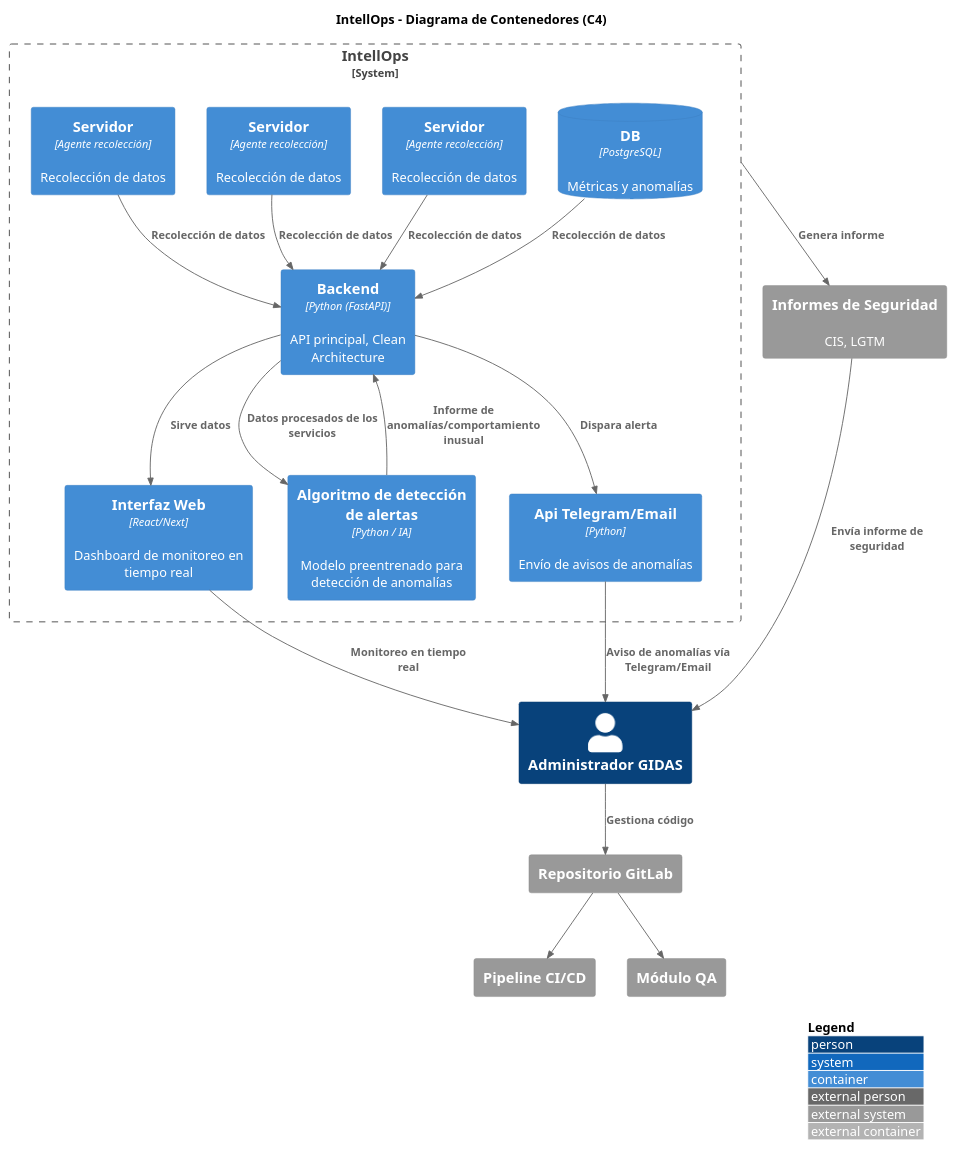
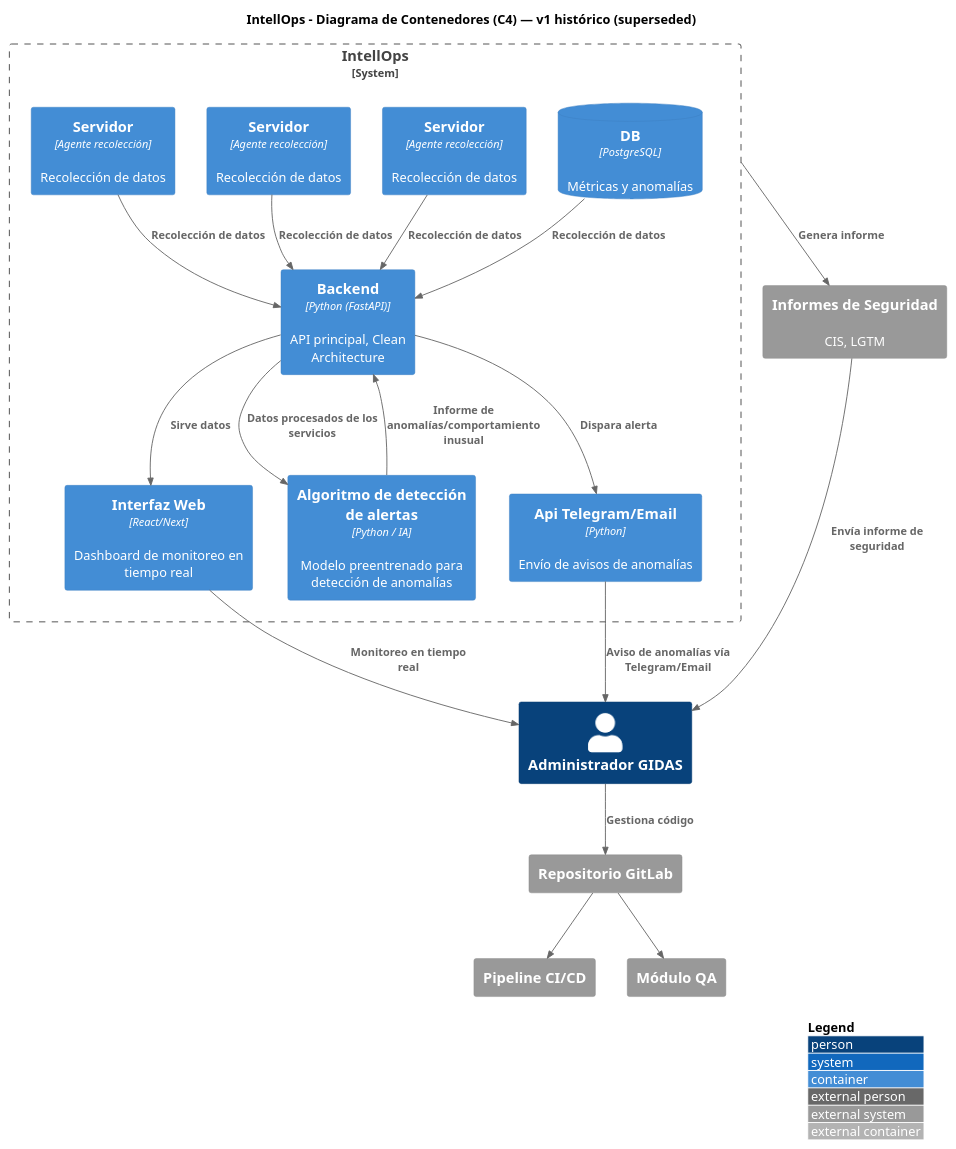
The diagram in docs/infrastructure/c4_container_v1.puml (infraitgidas/intellops), drawn with PlantUML before and after one commit. The commit also changed 11 other files, not shown here.

Commit message:
docs(architecture): alinea la propuesta de contenedores con el MVP de 4 y agrega ADR-0010

```diff
--- a/docs/infrastructure/c4_container_v1.puml
+++ b/docs/infrastructure/c4_container_v1.puml
@@ -1,42 +1,45 @@
 @startuml IntellOps-C4-Container
+' HISTÓRICO — superseded por docs/infrastructure/Diagrama-C4-V2.puml
+' (arquitectura vigente de 4 contenedores, decisión de agosto 2026).
+' Se conserva solo para trazabilidad; no usar como arquitectura actual.
 !include https://raw.githubusercontent.com/plantuml-stdlib/C4-PlantUML/master/C4_Container.puml
 
 LAYOUT_WITH_LEGEND()
 
-title IntellOps - Diagrama de Contenedores (C4)
+title IntellOps - Diagrama de Contenedores (C4) — v1 histórico (superseded)
 
 Person(admin, "Administrador GIDAS")
 
 System_Boundary(intellops, "IntellOps") {
     Container(backend, "Backend", "Python (FastAPI)", "API principal, Clean Architecture")
     Container(ml, "Algoritmo de detección de alertas", "Python / IA", "Modelo preentrenado para detección de anomalías")
     Container(web, "Interfaz Web", "React/Next", "Dashboard de monitoreo en tiempo real")
     Container(notif, "Api Telegram/Email", "Python", "Envío de avisos de anomalías")
     ContainerDb(db, "DB", "PostgreSQL", "Métricas y anomalías")
     Container(srv1, "Servidor", "Agente recolección", "Recolección de datos")
     Container(srv2, "Servidor", "Agente recolección", "Recolección de datos")
     Container(srv3, "Servidor", "Agente recolección", "Recolección de datos")
 }
 
 System_Ext(gitlab, "Repositorio GitLab")
 System_Ext(cicd, "Pipeline CI/CD")
 System_Ext(qa, "Módulo QA")
 System_Ext(reports, "Informes de Seguridad", "CIS, LGTM")
 
 Rel(db, backend, "Recolección de datos")
 Rel(srv1, backend, "Recolección de datos")
 Rel(srv2, backend, "Recolección de datos")
 Rel(srv3, backend, "Recolección de datos")
 Rel(backend, ml, "Datos procesados de los servicios")
 Rel(ml, backend, "Informe de anomalías/comportamiento inusual")
 Rel(backend, web, "Sirve datos")
 Rel(web, admin, "Monitoreo en tiempo real")
 Rel(backend, notif, "Dispara alerta")
 Rel(notif, admin, "Aviso de anomalías vía Telegram/Email")
 Rel(admin, gitlab, "Gestiona código")
 Rel(gitlab, cicd, "")
 Rel(gitlab, qa, "")
 Rel(intellops, reports, "Genera informe")
 Rel(reports, admin, "Envía informe de seguridad")
 
 @enduml
```
